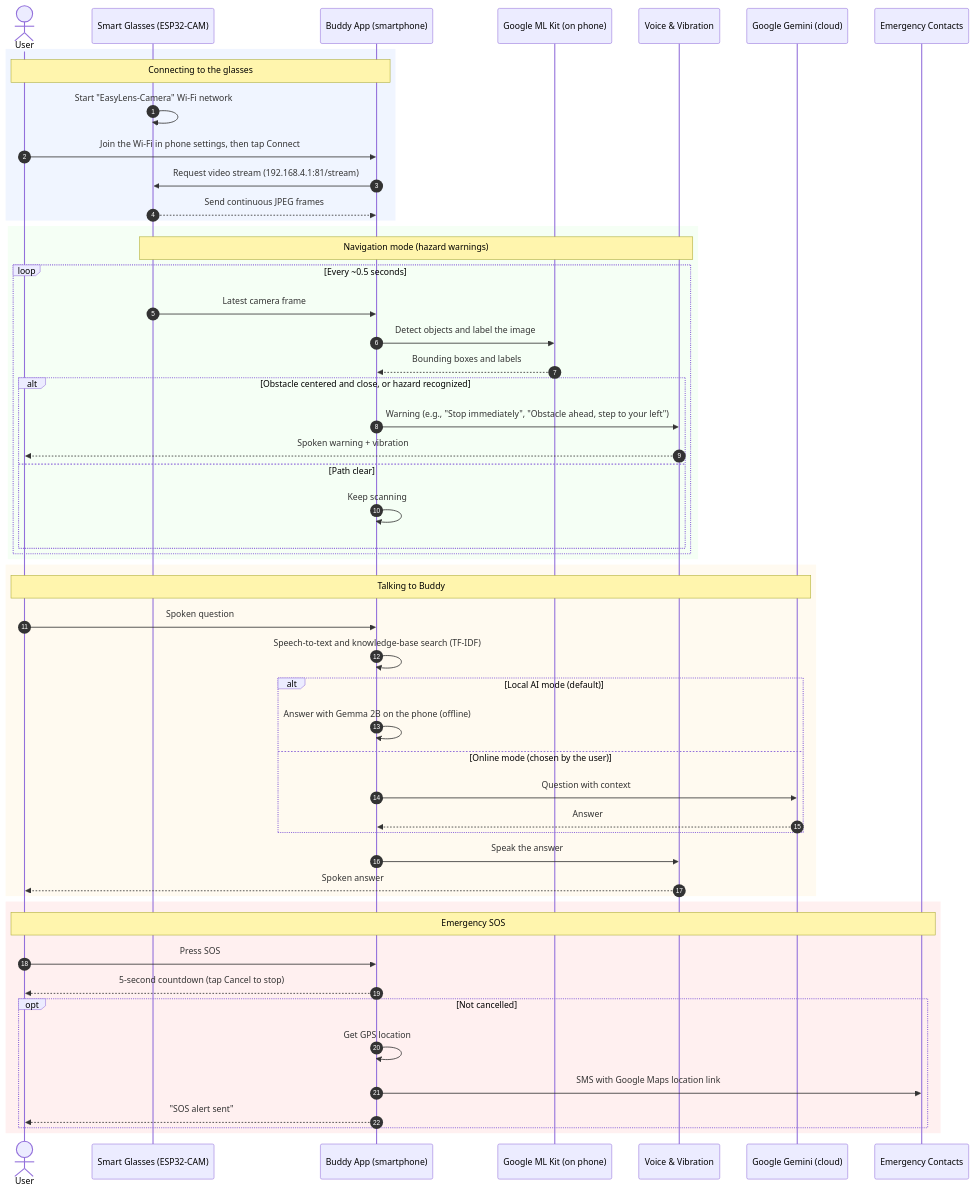
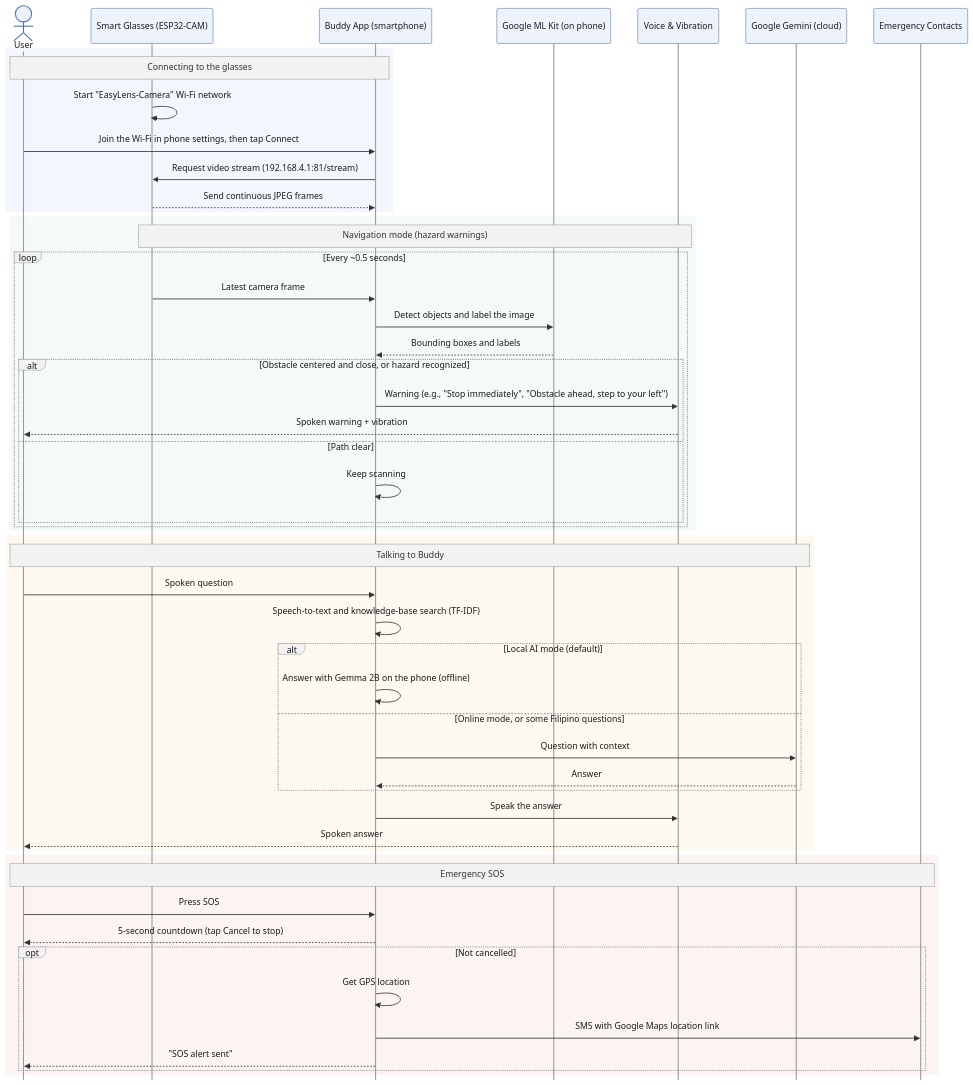
Before and after one commit to ciellamher/easylens: the diagram in docs/figures/05_chapter_3_system_architecture_uml.md, drawn with Mermaid. The commit also changed other lines of this file and 10 other files, not shown here.

Commit message:
docs(figures): restyle Chapter 3 diagrams to match the appendix figures

````diff
--- a/docs/figures/05_chapter_3_system_architecture_uml.md
+++ b/docs/figures/05_chapter_3_system_architecture_uml.md
@@ -25,59 +25,59 @@
 ```mermaid
+%%{init: {"theme": "base", "themeVariables": {"primaryColor": "#EEF3FB", "primaryBorderColor": "#4C72B0", "primaryTextColor": "#1A1A1A", "secondaryColor": "#FFF6E5", "tertiaryColor": "#F7F7F7", "lineColor": "#444444", "fontFamily": "arial, sans-serif", "fontSize": "15px", "edgeLabelBackground": "#FFFFFF", "clusterBkg": "#F7F7F7", "clusterBorder": "#9A9A9A", "actorBkg": "#EEF3FB", "actorBorder": "#4C72B0", "actorTextColor": "#1A1A1A", "actorLineColor": "#9A9A9A", "signalColor": "#333333", "signalTextColor": "#1A1A1A", "noteBkgColor": "#F2F2F2", "noteBorderColor": "#9A9A9A", "labelBoxBkgColor": "#F2F2F2", "labelBoxBorderColor": "#9A9A9A", "loopTextColor": "#1A1A1A", "activationBkgColor": "#EEF3FB"}, "sequence": {"messageFontFamily": "arial, sans-serif", "actorFontFamily": "arial, sans-serif", "noteFontFamily": "arial, sans-serif", "mirrorActors": false, "messageFontSize": 15, "actorFontSize": 15, "noteFontSize": 15, "boxMargin": 8}, "fontFamily": "arial, sans-serif"}}%%
 sequenceDiagram
-    autonumber
     actor User as User
     participant Glasses as Smart Glasses (ESP32-CAM)
     participant App as Buddy App (smartphone)
     participant Vision as Google ML Kit (on phone)
     participant Output as Voice & Vibration
     participant Gemini as Google Gemini (cloud)
     participant Contacts as Emergency Contacts
 
-    rect rgb(240, 245, 255)
+    rect rgb(243, 247, 253)
         note over User, App: Connecting to the glasses
         Glasses->>Glasses: Start "EasyLens-Camera" Wi-Fi network
         User->>App: Join the Wi-Fi in phone settings, then tap Connect
         App->>Glasses: Request video stream (192.168.4.1:81/stream)
         Glasses-->>App: Send continuous JPEG frames
     end
 
-    rect rgb(245, 255, 245)
+    rect rgb(244, 250, 245)
         note over Glasses, Output: Navigation mode (hazard warnings)
         loop Every ~0.5 seconds
             Glasses->>App: Latest camera frame
             App->>Vision: Detect objects and label the image
             Vision-->>App: Bounding boxes and labels
             alt Obstacle centered and close, or hazard recognized
                 App->>Output: Warning (e.g., "Stop immediately", "Obstacle ahead, step to your left")
                 Output-->>User: Spoken warning + vibration
             else Path clear
                 App->>App: Keep scanning
             end
         end
     end
 
-    rect rgb(255, 250, 240)
+    rect rgb(253, 249, 240)
         note over User, Gemini: Talking to Buddy
         User->>App: Spoken question
         App->>App: Speech-to-text and knowledge-base search (TF-IDF)
         alt Local AI mode (default)
             App->>App: Answer with Gemma 2B on the phone (offline)
-        else Online mode (chosen by the user)
+        else Online mode, or some Filipino questions
             App->>Gemini: Question with context
             Gemini-->>App: Answer
         end
         App->>Output: Speak the answer
         Output-->>User: Spoken answer
     end
 
-    rect rgb(255, 240, 240)
+    rect rgb(252, 243, 243)
         note over User, Contacts: Emergency SOS
         User->>App: Press SOS
         App-->>User: 5-second countdown (tap Cancel to stop)
         opt Not cancelled
             App->>App: Get GPS location
             App->>Contacts: SMS with Google Maps location link
             App-->>User: "SOS alert sent"
         end
     end
 ```
````
